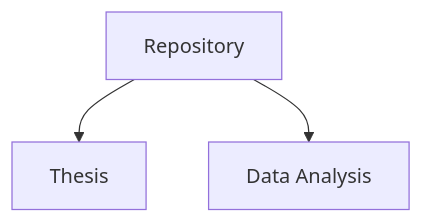
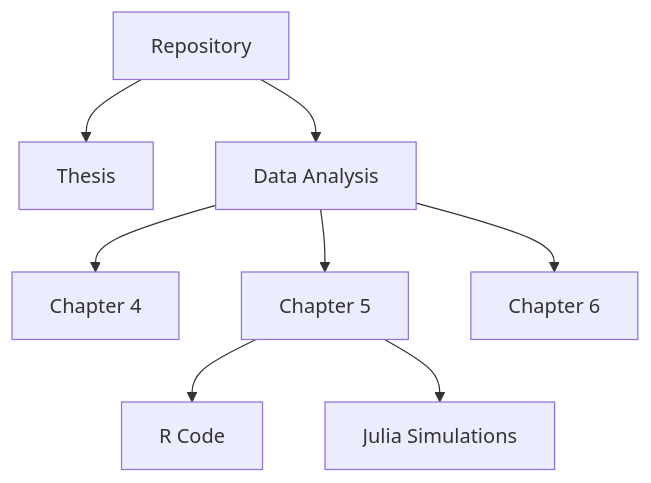
Before and after one commit to Raquel-Montero/PhDThesis: the diagram in README.md, drawn with Mermaid.

````diff
--- a/README.md
+++ b/README.md
@@ -6,6 +6,10 @@
 ```mermaid
 graph TD;
     A[Repository] -->B[Thesis];
     A[Repository]-->C[Data Analysis];
-    
+    C[Data Analysis] --> D[Chapter 4];
+    C[Data Analysis] --> E[Chapter 5];
+    E[Chapter 5] --> E1[R Code];
+    E[Chapter 5] --> E2[Julia Simulations];
+    C[Data Analysis] --> F[Chapter 6];
 ```
````
